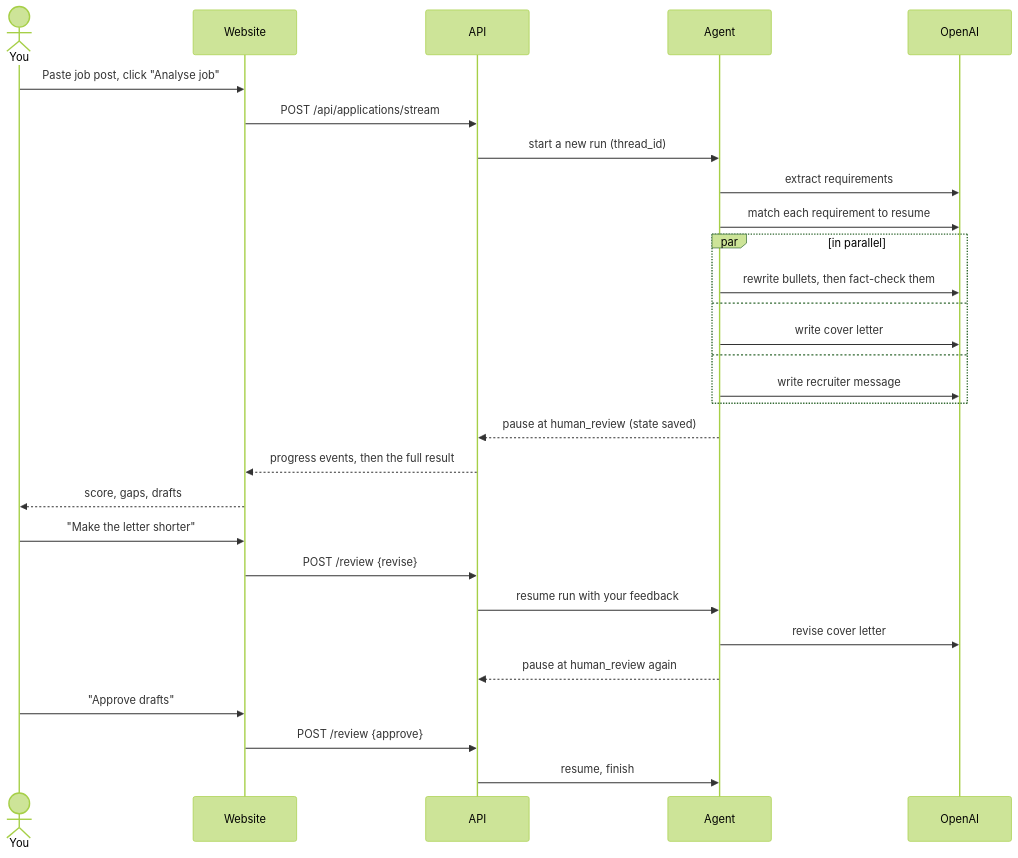
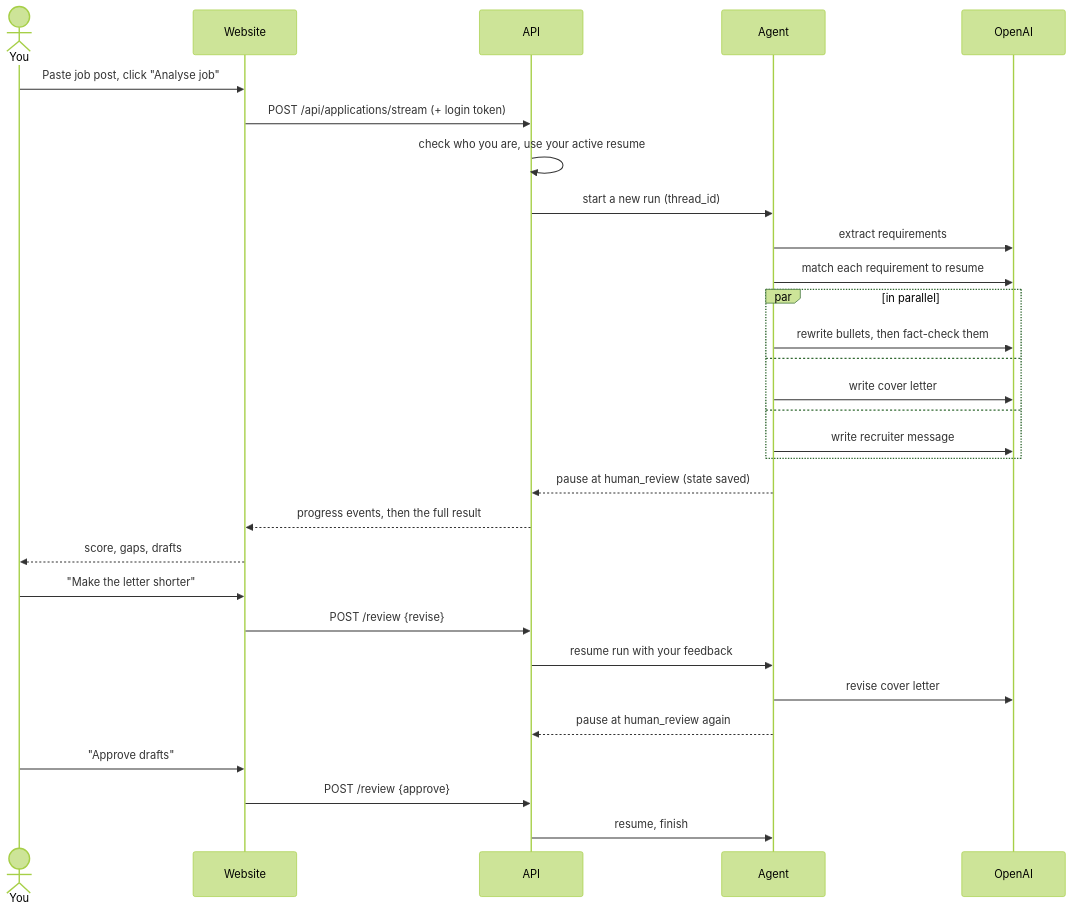
The third of 3 diagrams in docs/architecture.md (nilabhnahideka/job-copilot), drawn with Mermaid (forest theme) before and after one commit. The commit also changed other lines of this file and 33 other files, not shown here.

````diff
--- a/docs/architecture.md
+++ b/docs/architecture.md
@@ -28,33 +72,34 @@
 ```mermaid
 sequenceDiagram
     actor You
     participant Web as Website
     participant API
     participant Agent
     participant AI as OpenAI
 
     You->>Web: Paste job post, click "Analyse job"
-    Web->>API: POST /api/applications/stream
+    Web->>API: POST /api/applications/stream (+ login token)
+    API->>API: check who you are, use your active resume
     API->>Agent: start a new run (thread_id)
     Agent->>AI: extract requirements
     Agent->>AI: match each requirement to resume
     par in parallel
         Agent->>AI: rewrite bullets, then fact-check them
     and
         Agent->>AI: write cover letter
     and
         Agent->>AI: write recruiter message
     end
     Agent-->>API: pause at human_review (state saved)
     API-->>Web: progress events, then the full result
     Web-->>You: score, gaps, drafts
 
     You->>Web: "Make the letter shorter"
     Web->>API: POST /review {revise}
     API->>Agent: resume run with your feedback
     Agent->>AI: revise cover letter
     Agent-->>API: pause at human_review again
     You->>Web: "Approve drafts"
     Web->>API: POST /review {approve}
     API->>Agent: resume, finish
 ```
````
